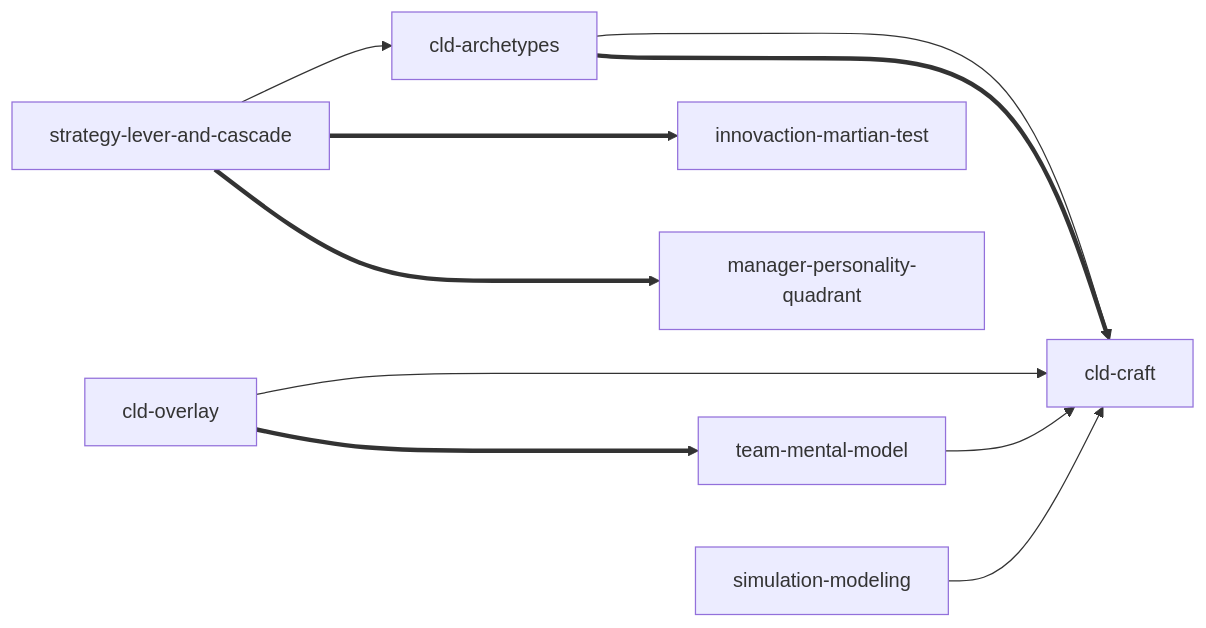
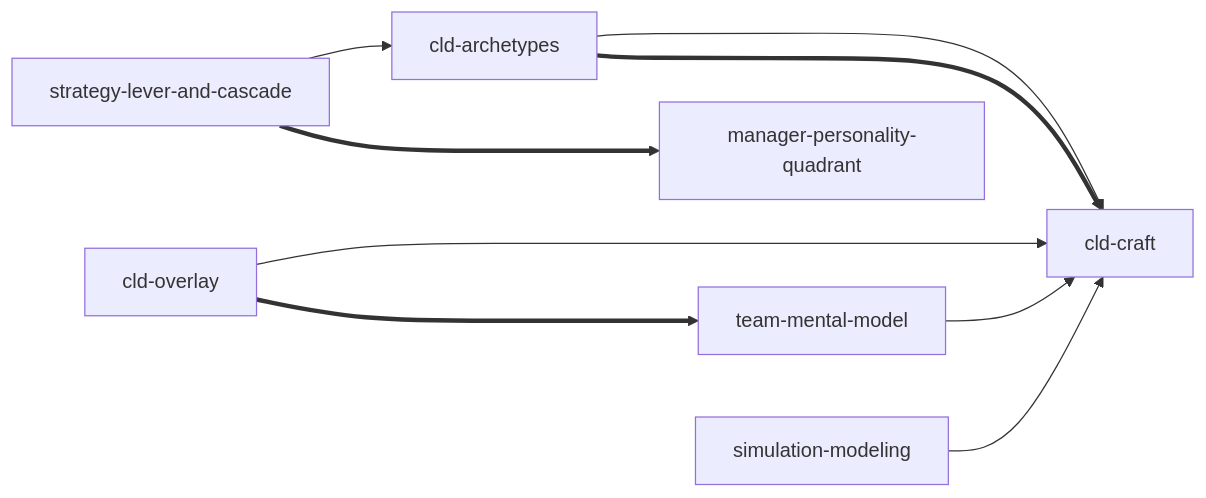
One commit to kouko/monkey-skills changed the diagram in systems-thinking-toolkit/INDEX.md. Above: the diagram before and after it, drawn with Mermaid. The commit also changed other lines of this file and 17 other files, not shown here.

````diff
--- a/systems-thinking-toolkit/INDEX.md
+++ b/systems-thinking-toolkit/INDEX.md
@@ -52,21 +53,19 @@
 ```mermaid
 flowchart LR
     c[cld-craft]
     a[cld-archetypes]
     o[cld-overlay]
     m[simulation-modeling]
     s[strategy-lever-and-cascade]
     t[team-mental-model]
-    i[innovaction-martian-test]
     q[manager-personality-quadrant]
 
     a --> c
     a ===> c
     o --> c
     o ===> t
     t --> c
     m --> c
     s --> a
-    s ===> i
     s ===> q
 ```
````
